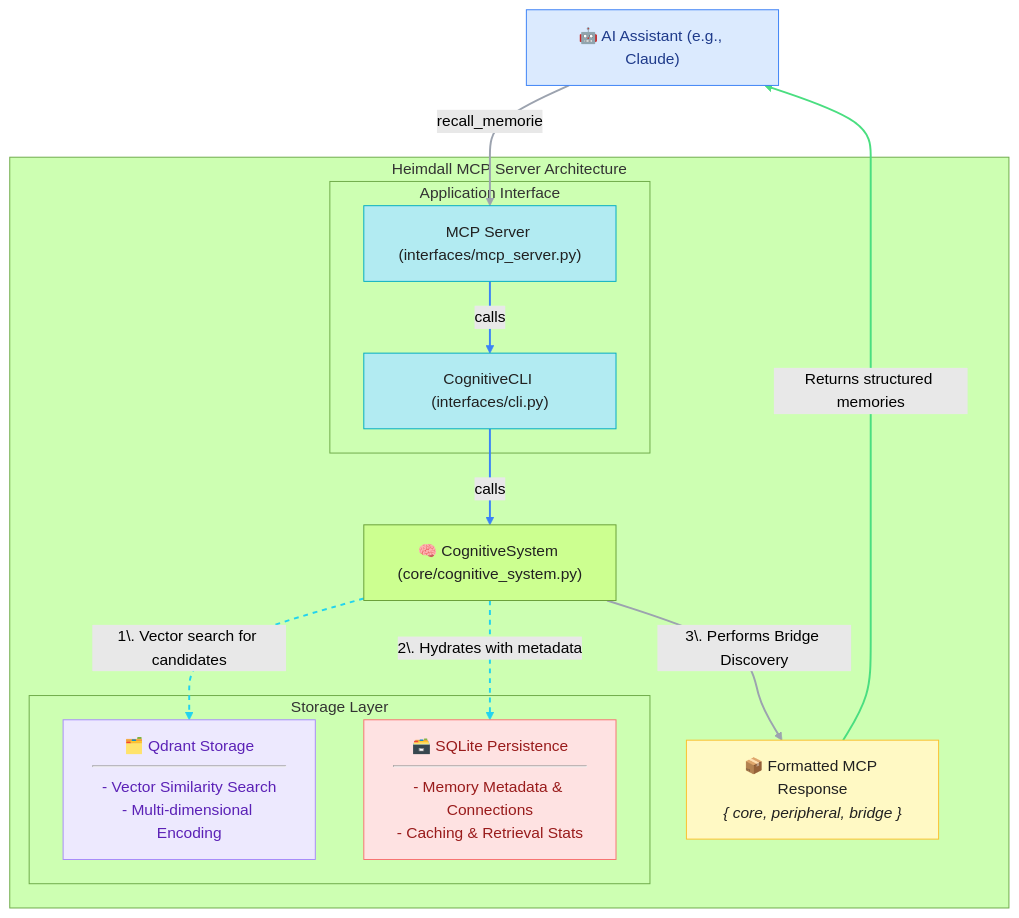
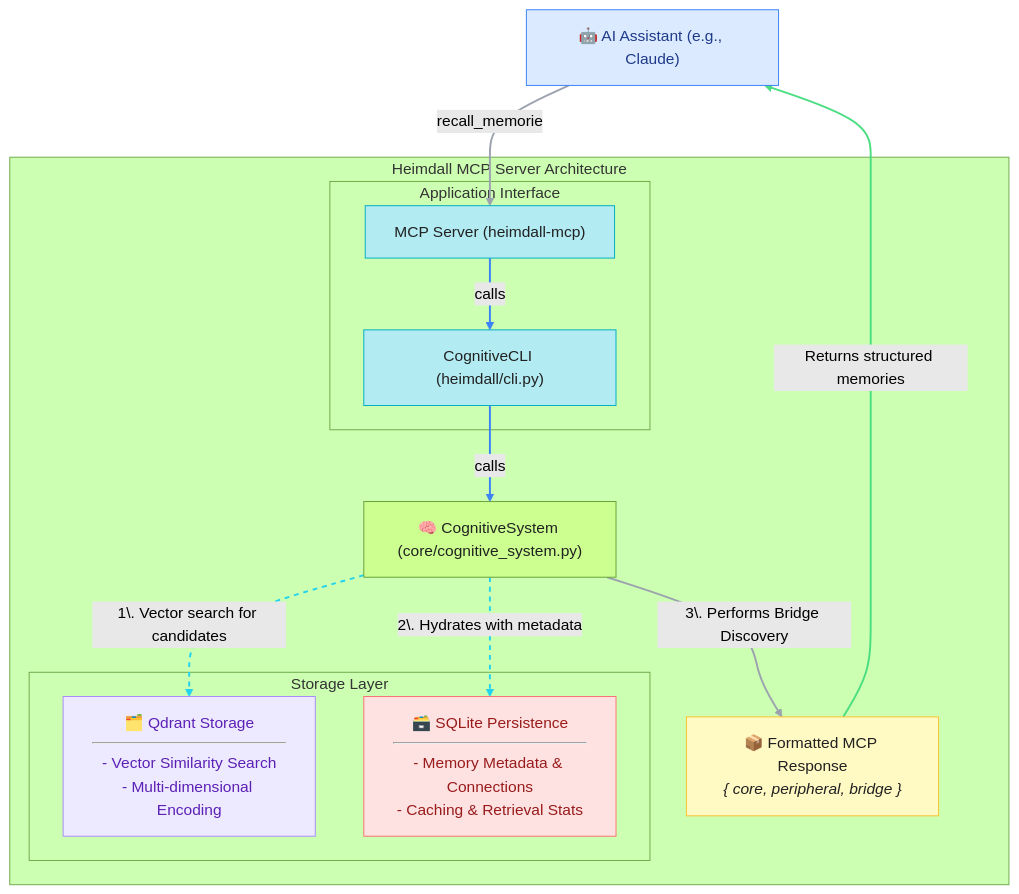
One commit to murdrae/heimdall-mcp-server changed the diagram in README.md. Above: the diagram before and after it, drawn with Mermaid (forest theme). The commit also changed other lines of this file, not shown here.

Commit message:
Update README to describe new pip package, new heimdall unified cli, streamlined installation process.

````diff
--- a/README.md
+++ b/README.md
@@ -133,74 +120,74 @@
 ```mermaid
 graph TD
     %% Main client outside the server architecture
     AI_Assistant["🤖 AI Assistant (e.g., Claude)"]
 
     %% Top-level subgraph for the entire server
     subgraph Heimdall MCP Server Architecture
 
         %% 1. Application Interface Layer
         subgraph Application Interface
-            MCP_Server["MCP Server (interfaces/mcp_server.py)"]
-            CLI["CognitiveCLI (interfaces/cli.py)"]
+            MCP_Server["MCP Server (heimdall-mcp)"]
+            CLI["CognitiveCLI (heimdall/cli.py)"]
             style MCP_Server fill:#b2ebf2,stroke:#00acc1,color:#212121
             style CLI fill:#b2ebf2,stroke:#00acc1,color:#212121
         end
 
         %% 2. Core Logic Engine
         style Cognitive_System fill:#ccff90,stroke:#689f38,color:#212121
         Cognitive_System["🧠 CognitiveSystem (core/cognitive_system.py)<br/>"]
 
         %% 3. Storage Layer (components side-by-side)
         subgraph Storage Layer
             Qdrant["🗂️ Qdrant Storage<br/><hr/>- Vector Similarity Search<br/>- Multi-dimensional Encoding"]
             SQLite["🗃️ SQLite Persistence<br/><hr/>- Memory Metadata & Connections<br/>- Caching & Retrieval Stats"]
         end
 
         %% 4. Output Formatting
         style Formatted_Response fill:#fff9c4,stroke:#fbc02d,color:#212121
         Formatted_Response["📦 Formatted MCP Response<br/><i>{ core, peripheral, bridge }</i>"]
 
         %% Define internal flow
         MCP_Server -- calls --> CLI
         CLI -- calls --> Cognitive_System
 
         Cognitive_System -- "1\. Vector search for candidates" --> Qdrant
         Cognitive_System -- "2\. Hydrates with metadata" --> SQLite
         Cognitive_System -- "3\. Performs Bridge Discovery" --> Formatted_Response
 
     end
 
     %% Define overall request/response flow between client and server
     AI_Assistant -- "recall_memorie" --> MCP_Server
     Formatted_Response -- "Returns structured memories" --> AI_Assistant
 
     %% --- Styling Block ---
 
     %% 1. Node Styling using Class Definitions
     classDef aiClientStyle fill:#dbeafe,stroke:#3b82f6,color:#1e3a8a
     classDef interfaceNodeStyle fill:#cffafe,stroke:#22d3ee,color:#0e7490
     classDef coreLogicStyle fill:#dcfce7,stroke:#4ade80,color:#166534
     classDef qdrantNodeStyle fill:#ede9fe,stroke:#a78bfa,color:#5b21b6
     classDef sqliteNodeStyle fill:#fee2e2,stroke:#f87171,color:#991b1b
     classDef responseNodeStyle fill:#fef9c3,stroke:#facc15,color:#854d0e
 
     %% 2. Assigning Classes to Nodes
     class AI_Assistant aiClientStyle
     class MCP_Server,CLI interfaceNodeStyle
     class Cognitive_System coreLogicStyle
     class Qdrant qdrantNodeStyle
     class SQLite sqliteNodeStyle
     class Formatted_Response responseNodeStyle
 
     %% 3. Link (Arrow) Styling
     %% Note: Styling edge label text is not reliably supported. This styles the arrow lines themselves.
     %% Primary request/response flow (links 0 and 1)
     linkStyle 0,1 stroke:#3b82f6,stroke-width:2px
     %% Internal application calls (links 2 and 3)
     linkStyle 2,3 stroke:#22d3ee,stroke-width:2px,stroke-dasharray: 5 5
     %% Internal data access calls (links 4 and 5)
     linkStyle 4,5 stroke:#9ca3af,stroke-width:2px
     %% Final processing call (link 6)
     linkStyle 6 stroke:#4ade80,stroke-width:2px
 
 ```
````
